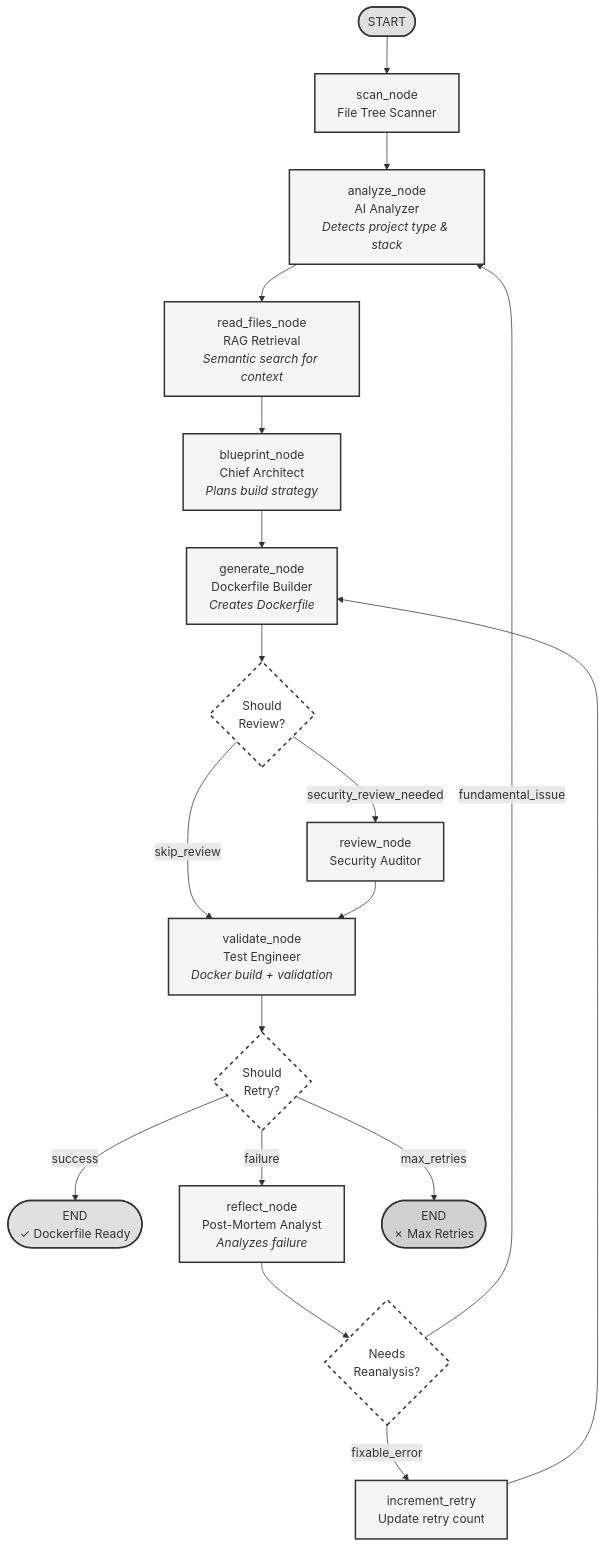
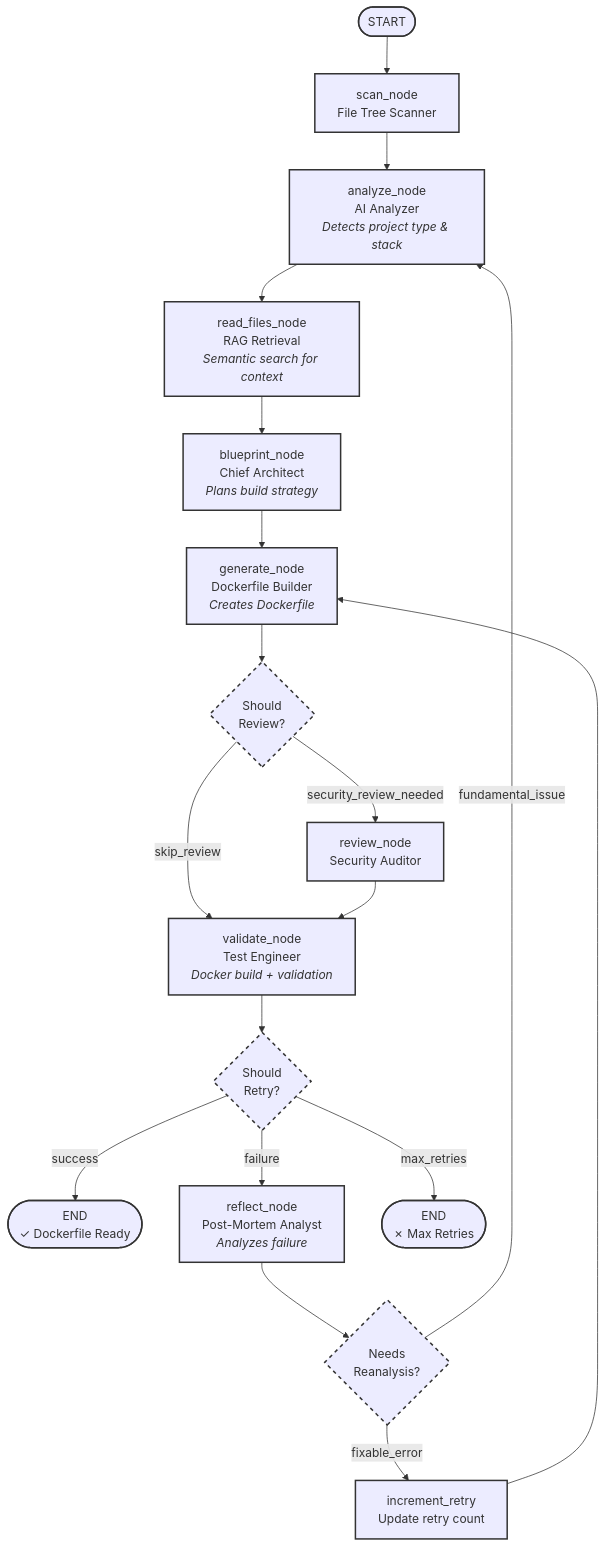
The second of 2 diagrams in docs/architecture.md (actions-marketplace-validations/itzzjb_dockai), drawn with Mermaid before and after one commit. The commit also changed other lines of this file and 4 other files, not shown here.

Commit message:
refactor: Migrate Mermaid diagrams to client-side rendering and refine their styling.

````diff
--- a/docs/architecture.md
+++ b/docs/architecture.md
@@ -97,41 +97,41 @@
 ```mermaid
 flowchart TD
     Start([START]) --> Scan[scan_node<br/>File Tree Scanner]
     Scan --> Analyze[analyze_node<br/>AI Analyzer<br/><i>Detects project type & stack</i>]
     Analyze --> ReadFiles[read_files_node<br/>RAG Retrieval<br/><i>Semantic search for context</i>]
     ReadFiles --> Blueprint[blueprint_node<br/>Chief Architect<br/><i>Plans build strategy</i>]
     Blueprint --> Generate[generate_node<br/>Dockerfile Builder<br/><i>Creates Dockerfile</i>]
     
     Generate --> ShouldReview{Should<br/>Review?}
     ShouldReview -->|security_review_needed| Review[review_node<br/>Security Auditor]
     ShouldReview -->|skip_review| Validate
     
     Review --> Validate[validate_node<br/>Test Engineer<br/><i>Docker build + validation</i>]
     
     Validate --> ShouldRetry{Should<br/>Retry?}
     ShouldRetry -->|success| End([END<br/>✓ Dockerfile Ready])
     ShouldRetry -->|failure| Reflect[reflect_node<br/>Post-Mortem Analyst<br/><i>Analyzes failure</i>]
     ShouldRetry -->|max_retries| Stop([END<br/>✗ Max Retries])
     
     Reflect --> NeedsReanalysis{Needs<br/>Reanalysis?}
     NeedsReanalysis -->|fundamental_issue| Analyze
     NeedsReanalysis -->|fixable_error| Increment[increment_retry<br/>Update retry count]
     
     Increment --> Generate
     
-    style Start fill:#e0e0e0,stroke:#333,stroke-width:2px
-    style End fill:#e0e0e0,stroke:#333,stroke-width:2px
-    style Stop fill:#d0d0d0,stroke:#333,stroke-width:2px
-    style Scan fill:#f5f5f5,stroke:#333,stroke-width:2px
-    style Analyze fill:#f5f5f5,stroke:#333,stroke-width:2px
-    style ReadFiles fill:#f5f5f5,stroke:#333,stroke-width:2px
-    style Blueprint fill:#f5f5f5,stroke:#333,stroke-width:2px
-    style Generate fill:#f5f5f5,stroke:#333,stroke-width:2px
-    style Review fill:#f5f5f5,stroke:#333,stroke-width:2px
-    style Validate fill:#f5f5f5,stroke:#333,stroke-width:2px
-    style Reflect fill:#f5f5f5,stroke:#333,stroke-width:2px
-    style Increment fill:#f5f5f5,stroke:#333,stroke-width:2px
-    style ShouldReview fill:#ffffff,stroke:#333,stroke-width:2px,stroke-dasharray:5 5
-    style ShouldRetry fill:#ffffff,stroke:#333,stroke-width:2px,stroke-dasharray:5 5
-    style NeedsReanalysis fill:#ffffff,stroke:#333,stroke-width:2px,stroke-dasharray:5 5
+    style Start stroke:#333,stroke-width:2px
+    style End stroke:#333,stroke-width:2px
+    style Stop stroke:#333,stroke-width:2px
+    style Scan stroke:#333,stroke-width:2px
+    style Analyze stroke:#333,stroke-width:2px
+    style ReadFiles stroke:#333,stroke-width:2px
+    style Blueprint stroke:#333,stroke-width:2px
+    style Generate stroke:#333,stroke-width:2px
+    style Review stroke:#333,stroke-width:2px
+    style Validate stroke:#333,stroke-width:2px
+    style Reflect stroke:#333,stroke-width:2px
+    style Increment stroke:#333,stroke-width:2px
+    style ShouldReview stroke:#333,stroke-width:2px,stroke-dasharray:5 5
+    style ShouldRetry stroke:#333,stroke-width:2px,stroke-dasharray:5 5
+    style NeedsReanalysis stroke:#333,stroke-width:2px,stroke-dasharray:5 5
 ```
````
